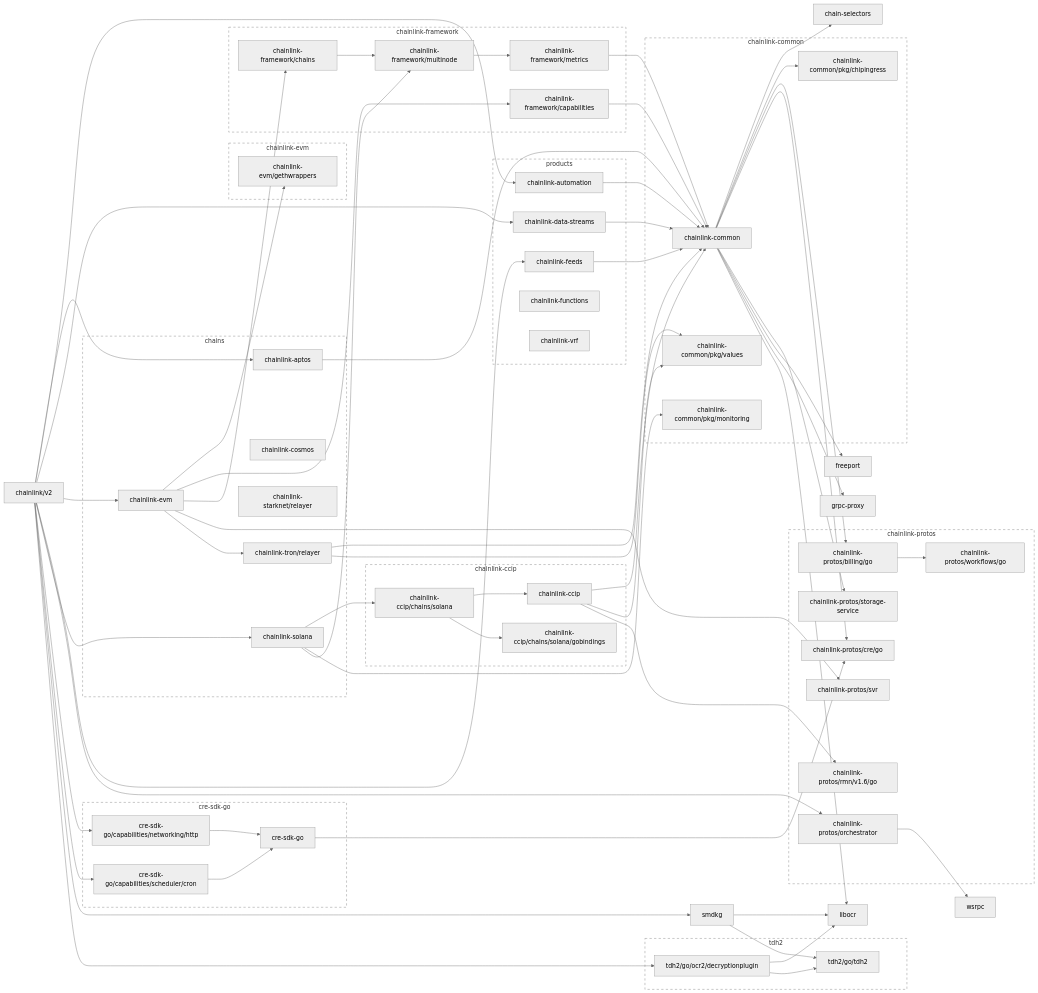
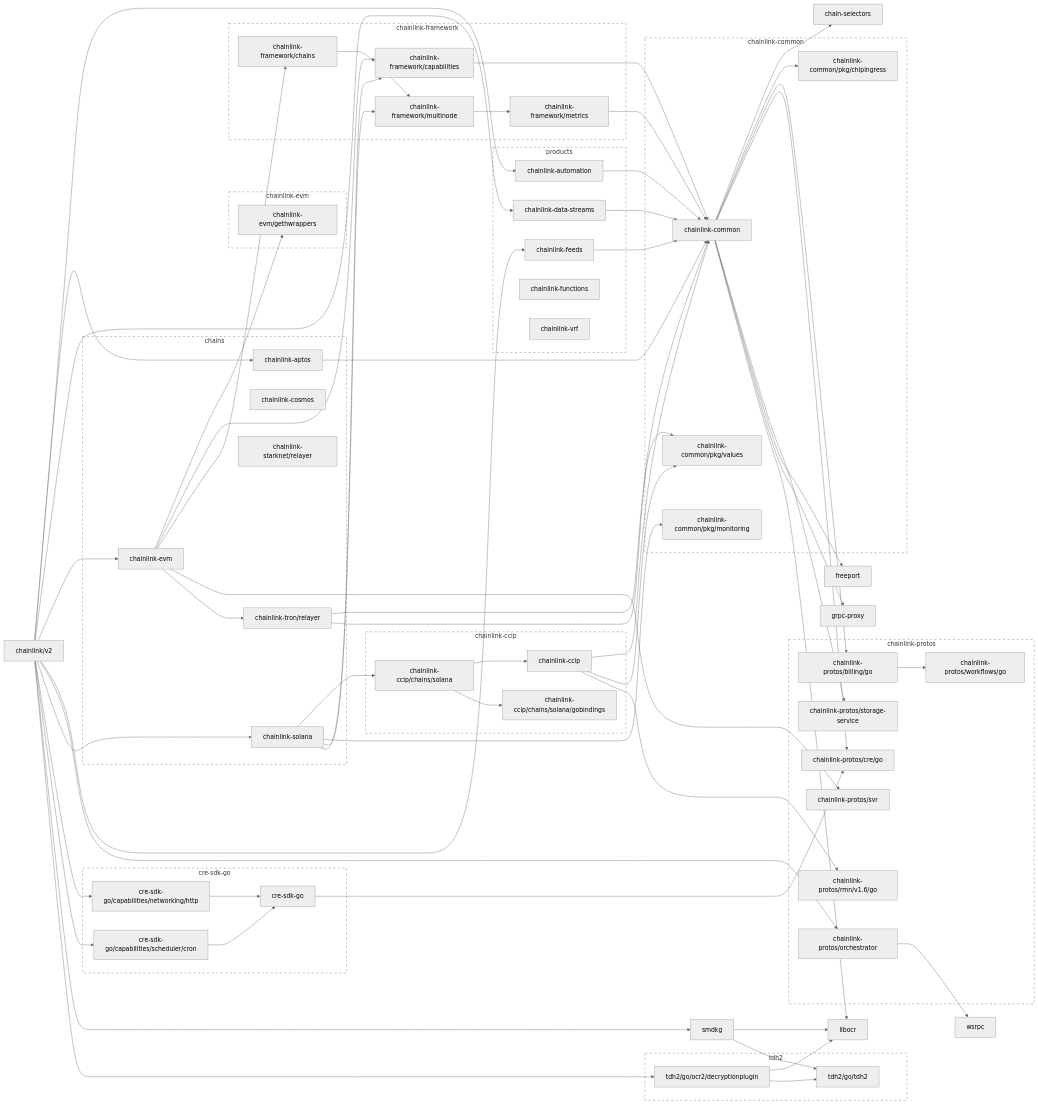
The first of 2 diagrams in go.md (JohnDaWalka/chainlink), drawn with Mermaid (neutral theme) before and after one commit. The commit also changed other lines of this file and 46 other files, not shown here.

```diff
--- a/go.md
+++ b/go.md
@@ -88,6 +88,7 @@
 	click chainlink-protos/workflows/go href "https://github.com/smartcontractkit/chainlink-protos"
 	chainlink-solana --> chainlink-ccip/chains/solana
 	chainlink-solana --> chainlink-common/pkg/monitoring
+	chainlink-solana --> chainlink-framework/capabilities
 	chainlink-solana --> chainlink-framework/multinode
 	click chainlink-solana href "https://github.com/smartcontractkit/chainlink-solana"
 	chainlink-tron/relayer --> chainlink-common
```
